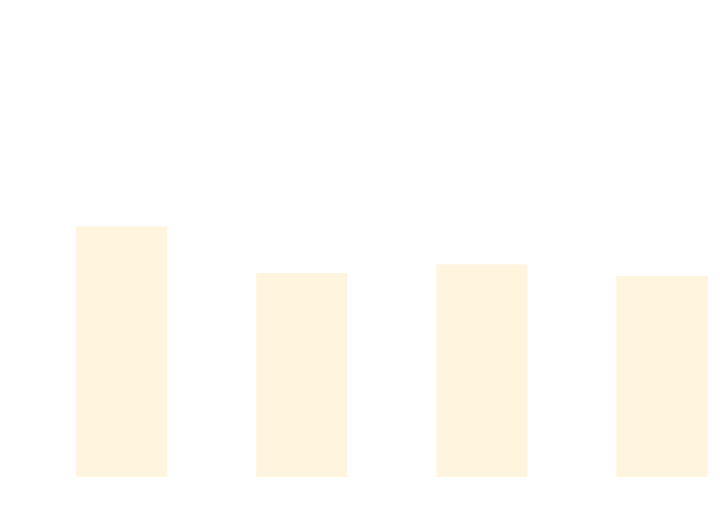
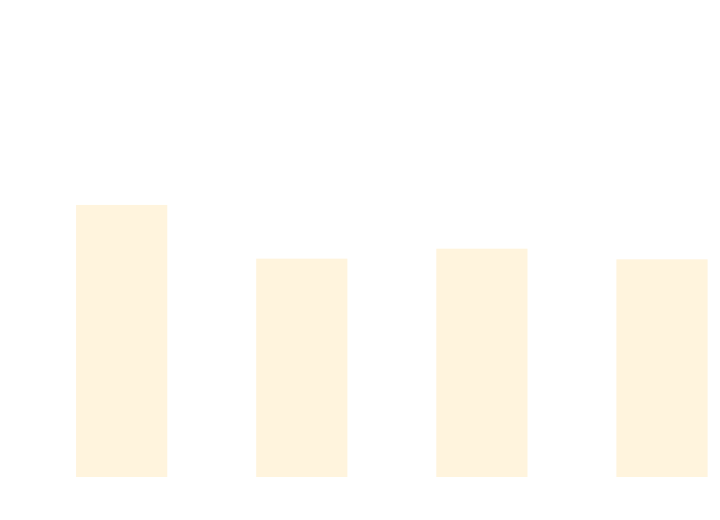
One commit to thomhurst/TUnit changed the diagram in docs/docs/benchmarks/BuildTime.md. Above: the diagram before and after it, drawn with Mermaid. The commit also changed other lines of this file and 17 other files, not shown here.

````diff
--- a/docs/docs/benchmarks/BuildTime.md
+++ b/docs/docs/benchmarks/BuildTime.md
@@ -28,37 +28,37 @@
 ```mermaid
 %%{init: {
   'theme':'base',
   'themeVariables': {
     'primaryColor': '#2563eb',
     'primaryTextColor': '#ffffff',
     'primaryBorderColor': '#1e40af',
     'lineColor': '#6b7280',
     'secondaryColor': '#7c3aed',
     'tertiaryColor': '#dc2626',
     'background': '#ffffff',
     'mainBkg': '#2563eb',
     'secondBkg': '#7c3aed',
     'tertiaryBkg': '#dc2626',
     'clusterBkg': '#f3f4f6',
     'edgeLabelBackground': '#ffffff',
     'tertiaryTextColor': '#1f2937',
     'pie1': '#2563eb',
     'pie2': '#7c3aed',
     'pie3': '#dc2626',
     'pie4': '#f59e0b',
     'pie5': '#10b981',
     'pie6': '#06b6d4',
     'pie7': '#ec4899',
     'pie8': '#6366f1',
     'pie9': '#84cc16',
     'pie10': '#f97316',
     'pie11': '#14b8a6',
     'pie12': '#a855f7'
   }
 }}%%
 xychart-beta
   title "Build Time Comparison"
   x-axis ["Build_TUnit", "Build_NUnit", "Build_MSTest", "Build_xUnit3"]
   y-axis "Time (s)" 0 --> 3
-  bar [1.78, 1.439, 1.501, 1.416]
+  bar [1.937, 1.543, 1.616, 1.538]
 ```
````
